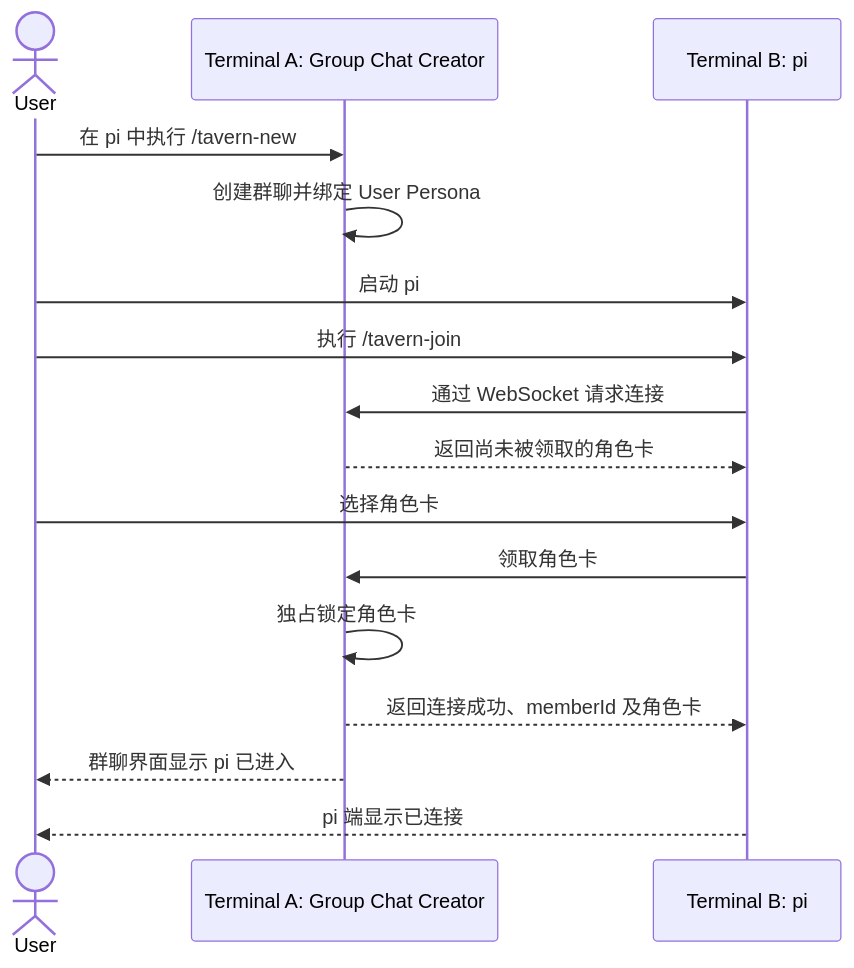
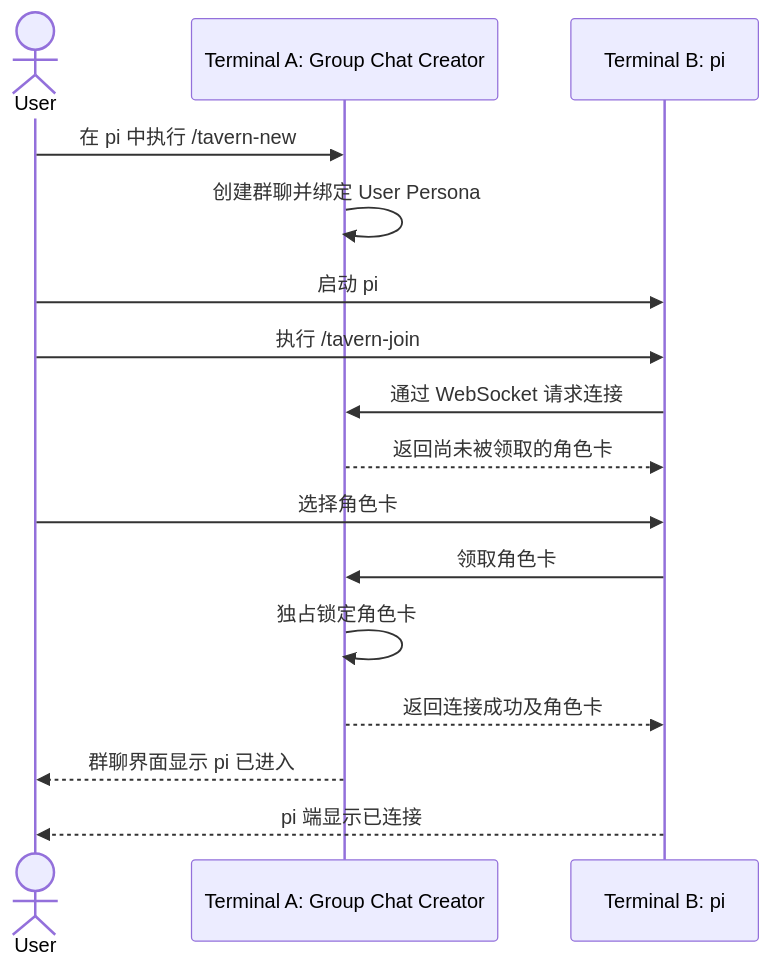
One commit to icylight/pi-tavern changed the diagram in docs/interaction-model.md. Above: the diagram before and after it, drawn with Mermaid. The commit also changed other lines of this file and 3 other files, not shown here.

````diff
--- a/docs/interaction-model.md
+++ b/docs/interaction-model.md
@@ -120,19 +122,19 @@
 ```mermaid
 sequenceDiagram
     actor User
     participant Creator as Terminal A: Group Chat Creator
     participant CharacterPi as Terminal B: pi
 
     User->>Creator: 在 pi 中执行 /tavern-new
     Creator->>Creator: 创建群聊并绑定 User Persona
     User->>CharacterPi: 启动 pi
     User->>CharacterPi: 执行 /tavern-join
     CharacterPi->>Creator: 通过 WebSocket 请求连接
     Creator-->>CharacterPi: 返回尚未被领取的角色卡
     User->>CharacterPi: 选择角色卡
     CharacterPi->>Creator: 领取角色卡
     Creator->>Creator: 独占锁定角色卡
-    Creator-->>CharacterPi: 返回连接成功、memberId 及角色卡
+    Creator-->>CharacterPi: 返回连接成功及角色卡
     Creator-->>User: 群聊界面显示 pi 已进入
     CharacterPi-->>User: pi 端显示已连接
 ```
````
